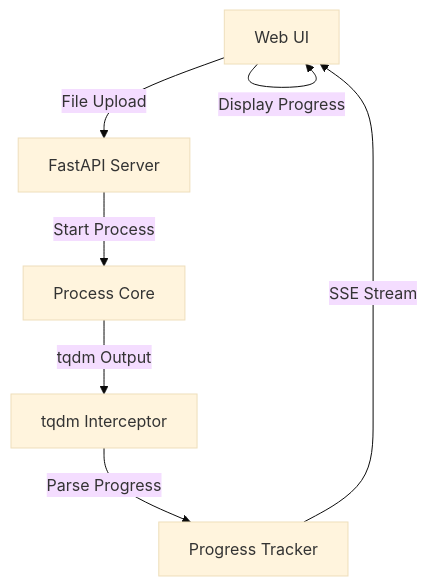
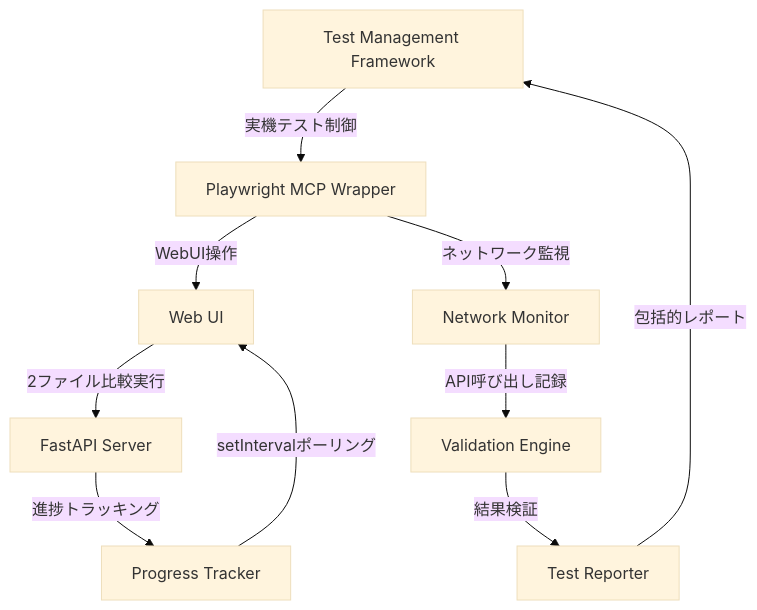
Before and after one commit to kabayan/json_compare: the first of 2 diagrams in .kiro/specs/webui-progress-display/design.md, drawn with Mermaid (base theme). The commit also changed other lines of this file and 46 other files, not shown here.

````diff
--- a/.kiro/specs/webui-progress-display/design.md
+++ b/.kiro/specs/webui-progress-display/design.md
@@ -31,15 +34,22 @@
 ```mermaid
 graph TB
-    UI[Web UI]
+    WebUI[Web UI]
     API[FastAPI Server]
     PT[Progress Tracker]
-    TI[tqdm Interceptor]
-    PC[Process Core]
+    TMF[Test Management Framework]
+    PMW[Playwright MCP Wrapper]
+    NM[Network Monitor]
+    VE[Validation Engine]
+    TR[Test Reporter]
 
-    UI -->|File Upload| API
-    API -->|Start Process| PC
-    PC -->|tqdm Output| TI
-    TI -->|Parse Progress| PT
-    PT -->|SSE Stream| UI
-    UI -->|Display Progress| UI
+    WebUI -->|2ファイル比較実行| API
+    API -->|進捗トラッキング| PT
+    PT -->|setIntervalポーリング| WebUI
+
+    TMF -->|実機テスト制御| PMW
+    PMW -->|WebUI操作| WebUI
+    PMW -->|ネットワーク監視| NM
+    NM -->|API呼び出し記録| VE
+    VE -->|結果検証| TR
+    TR -->|包括的レポート| TMF
 ```
````
